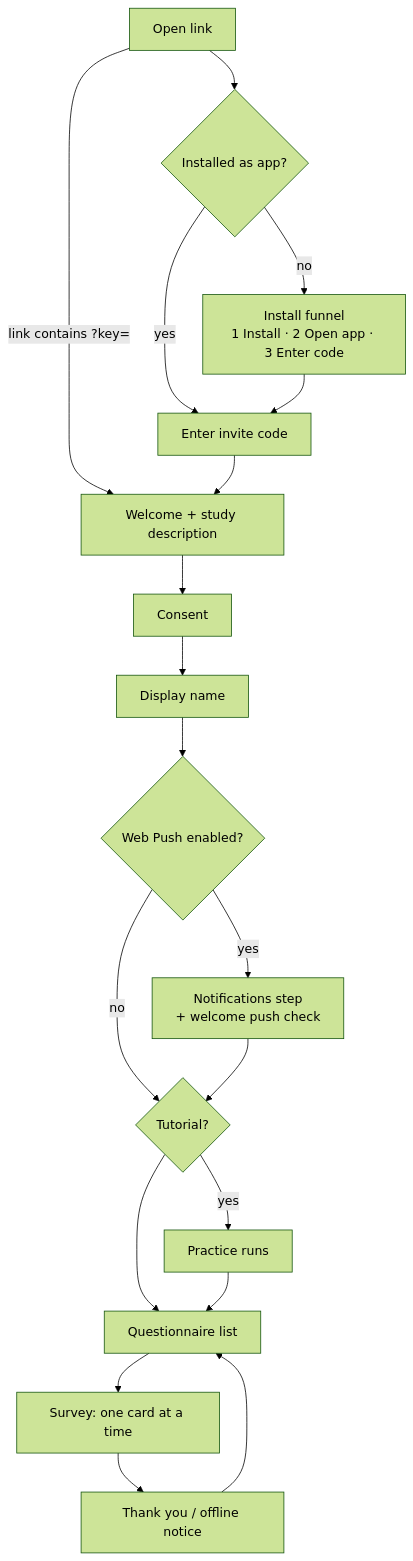
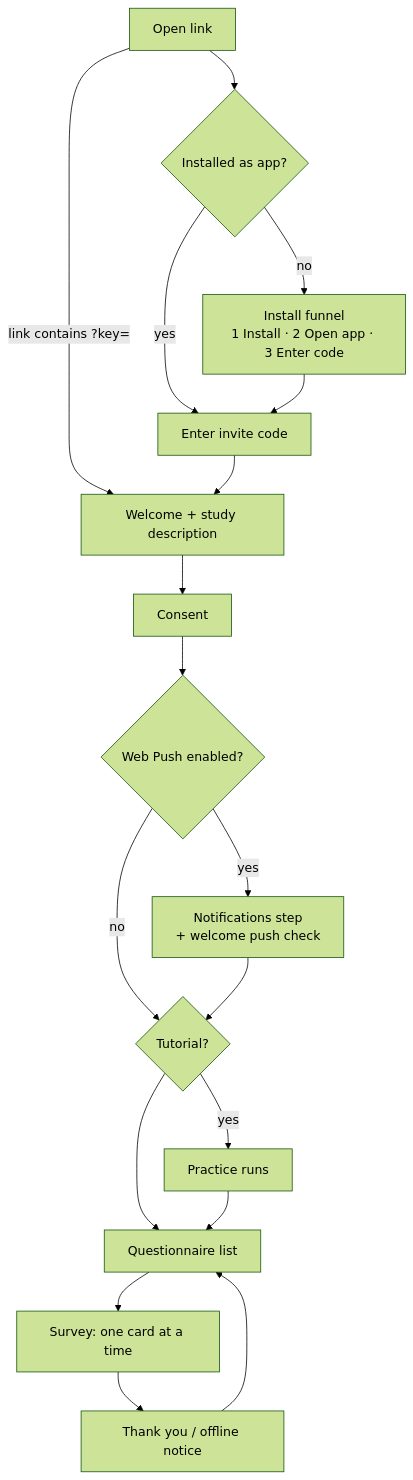
One commit to andreifoldes/iEMAbot changed the diagram in website/docs/pwa/participant-flow.md. Above: the diagram before and after it, drawn with Mermaid (forest theme). The commit also changed other lines of this file and 296 other files, not shown here.

````diff
--- a/website/docs/pwa/participant-flow.md
+++ b/website/docs/pwa/participant-flow.md
@@ -11,20 +11,19 @@
 ```mermaid
 flowchart TD
   A[Open link] --> B{Installed as app?}
   B -- no --> C["Install funnel<br/>1 Install · 2 Open app · 3 Enter code"]
   B -- yes --> D[Enter invite code]
   A -->|"link contains ?key="| E
   C --> D --> E[Welcome + study description]
   E --> F[Consent]
-  F --> G[Display name]
-  G --> H{Web Push enabled?}
+  F --> H{Web Push enabled?}
   H -- yes --> I["Notifications step<br/>+ welcome push check"]
   H -- no --> J
   I --> J{Tutorial?}
   J -- yes --> K[Practice runs]
   J --> L
   K --> L[Questionnaire list]
   L --> M[Survey: one card at a time]
   M --> N[Thank you / offline notice]
   N --> L
 ```
````
